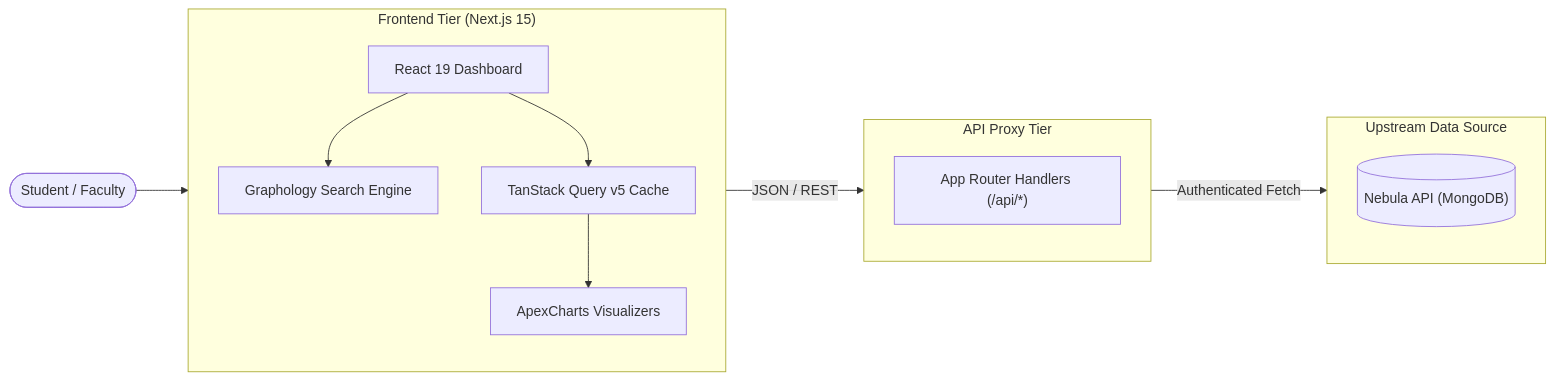
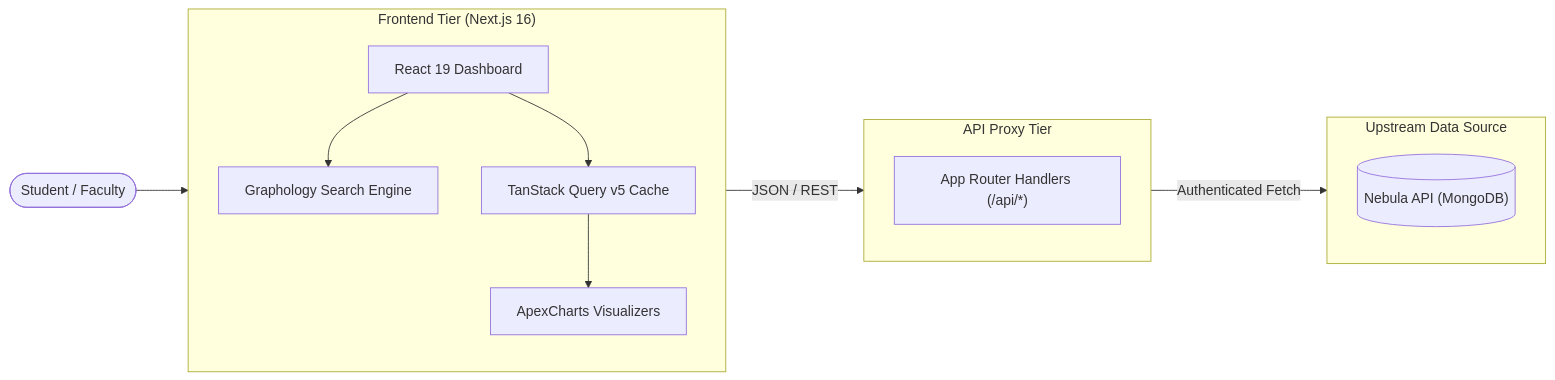
One commit to UTDNebula/utd-trends changed the first of 2 diagrams in docs/Project-Architecture.md. Above: the diagram before and after it, drawn with Mermaid. The commit also changed other lines of this file and 5 other files, not shown here.

````diff
--- a/docs/Project-Architecture.md
+++ b/docs/Project-Architecture.md
@@ -9,28 +9,28 @@
 ```mermaid
 %%{init: {'flowchart': {'curve': 'basis', 'nodeSpacing': 50, 'rankSpacing': 60}}}%%
 flowchart LR
     User([Student / Faculty]) --> Frontend
 
-    subgraph Frontend["Frontend Tier (Next.js 15)"]
+    subgraph Frontend["Frontend Tier (Next.js 16)"]
         direction TB
         ClientUI["React 19 Dashboard"]
         Autocomplete["Graphology Search Engine"]
         Cache["TanStack Query v5 Cache"]
         Charts["ApexCharts Visualizers"]
 
         ClientUI --> Autocomplete
         ClientUI --> Cache
         Cache --> Charts
     end
 
     subgraph APIProxy["API Proxy Tier"]
         Routes["App Router Handlers (/api/*)"]
     end
 
     subgraph Database["Upstream Data Source"]
         NebulaAPI[("Nebula API (MongoDB)")]
     end
 
     Frontend -->|"JSON / REST"| APIProxy
     APIProxy -->|"Authenticated Fetch"| Database
 ```
````
